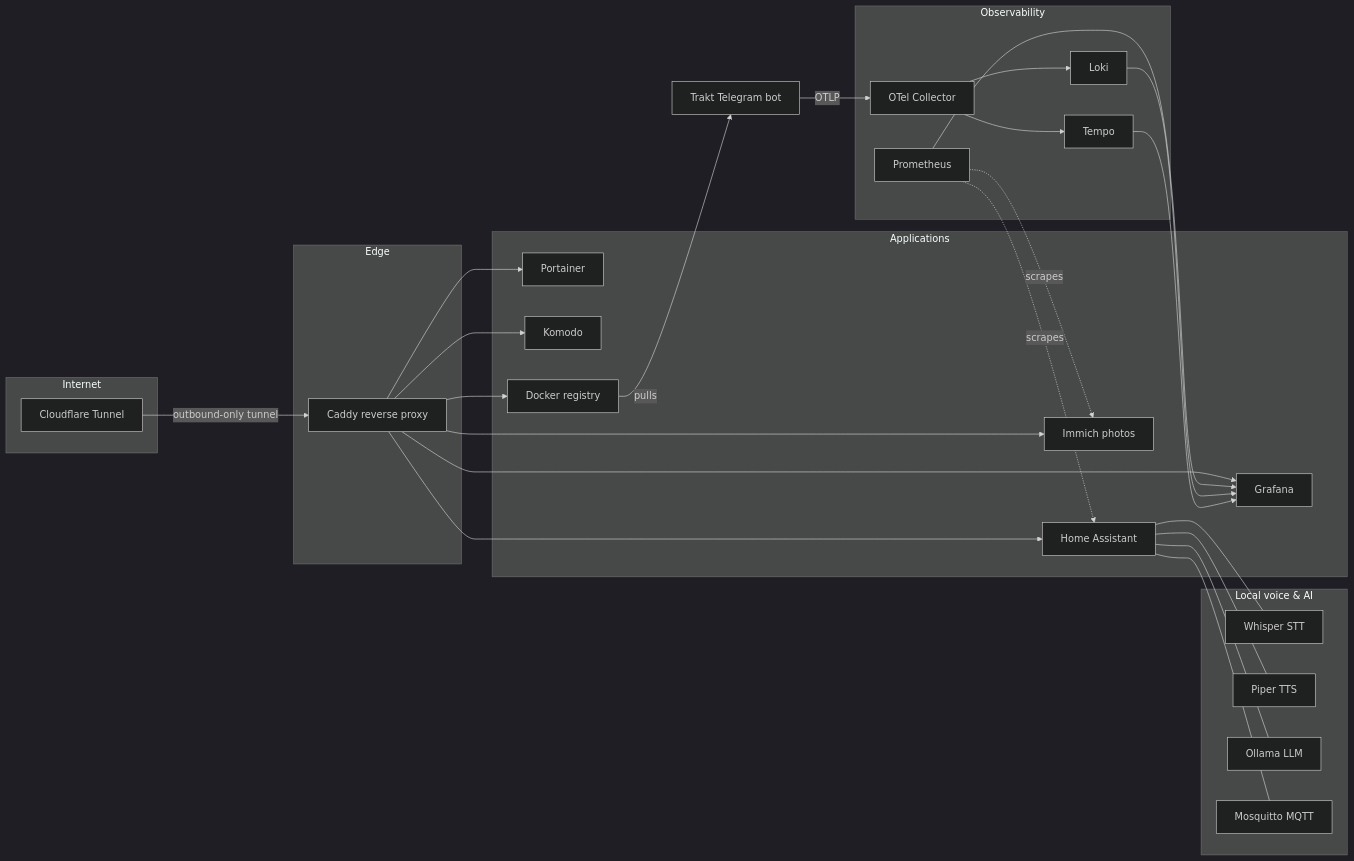
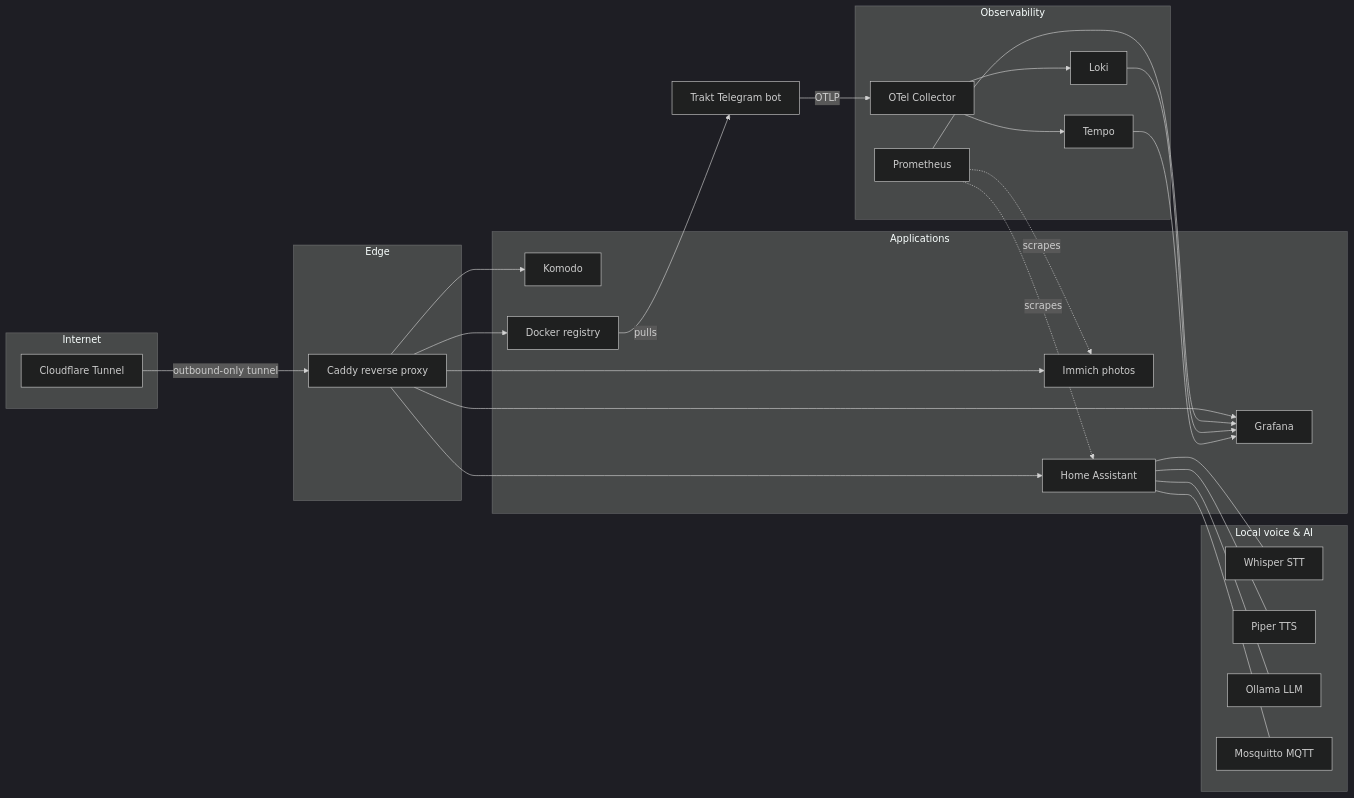
Before and after one commit to lorainemg/homelab: the diagram in README.md, drawn with Mermaid (dark theme). The commit also changed 5 other files, not shown here.

````diff
--- a/README.md
+++ b/README.md
@@ -18,57 +18,55 @@
 ```mermaid
 flowchart LR
     subgraph internet[Internet]
         CF[Cloudflare Tunnel]
     end
 
     subgraph edge[Edge]
         CADDY[Caddy reverse proxy]
     end
 
     CF -->|outbound-only tunnel| CADDY
 
     subgraph apps[Applications]
         IMMICH[Immich photos]
         HA[Home Assistant]
         GRAFANA[Grafana]
-        PORTAINER[Portainer]
         KOMODO[Komodo]
         REGISTRY[Docker registry]
     end
 
     CADDY --> IMMICH
     CADDY --> HA
     CADDY --> GRAFANA
-    CADDY --> PORTAINER
     CADDY --> KOMODO
     CADDY --> REGISTRY
 
     subgraph voice[Local voice & AI]
         WHISPER[Whisper STT]
         PIPER[Piper TTS]
         OLLAMA[Ollama LLM]
         MQTT[Mosquitto MQTT]
     end
 
     HA --- WHISPER
     HA --- PIPER
     HA --- OLLAMA
     HA --- MQTT
 
     subgraph obs[Observability]
         PROM[Prometheus]
         LOKI[Loki]
         TEMPO[Tempo]
         OTEL[OTel Collector]
     end
 
     BOT[Trakt Telegram bot] -->|OTLP| OTEL
     OTEL --> TEMPO
     OTEL --> LOKI
     PROM --> GRAFANA
     LOKI --> GRAFANA
     TEMPO --> GRAFANA
     PROM -.scrapes.-> HA
     PROM -.scrapes.-> IMMICH
     REGISTRY -->|pulls| BOT
 ```
````
